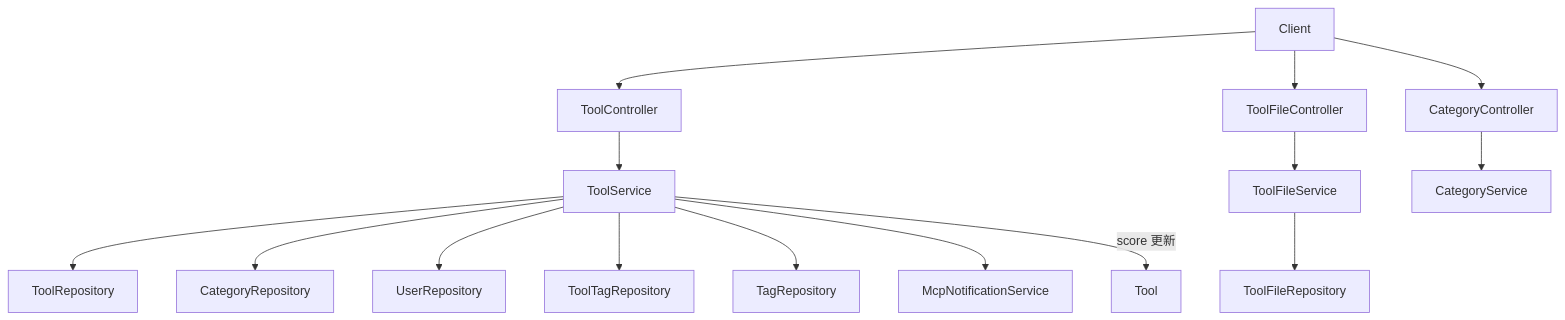
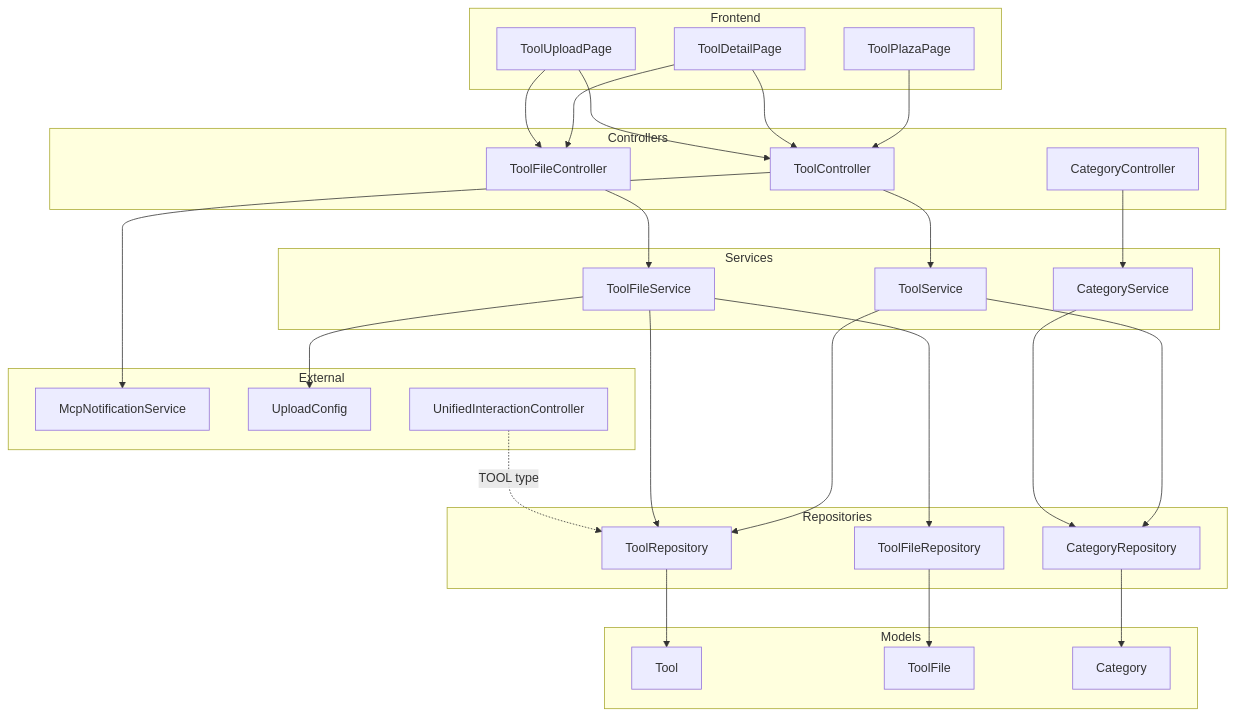
Before and after one commit to mambo-wang/CodingHub: the first of 2 diagrams in repowiki/tool-plaza.md, drawn with Mermaid. The commit also changed other lines of this file and 34 other files, not shown here.

````diff
--- a/repowiki/tool-plaza.md
+++ b/repowiki/tool-plaza.md
@@ -13,17 +30,62 @@
 ```mermaid
 graph TD
-    Client --> ToolC[ToolController]
-    Client --> ToolFileC[ToolFileController]
-    Client --> CatC[CategoryController]
-    ToolC --> ToolSvc[ToolService]
-    ToolFileC --> ToolFileSvc[ToolFileService]
-    CatC --> CatSvc[CategoryService]
-    ToolSvc --> ToolRepo[ToolRepository]
-    ToolSvc --> CatRepo[CategoryRepository]
-    ToolSvc --> UserRepo[UserRepository]
-    ToolSvc --> ToolTagRepo[ToolTagRepository]
-    ToolSvc --> TagRepo[TagRepository]
-    ToolSvc --> McpNotify[McpNotificationService]
-    ToolFileSvc --> ToolFileRepo[ToolFileRepository]
-    ToolSvc -->|score 更新| Tool
+    subgraph Frontend
+        A[ToolPlazaPage]
+        B[ToolDetailPage]
+        C[ToolUploadPage]
+    end
+
+    subgraph Controllers
+        D[ToolController]
+        E[ToolFileController]
+        F[CategoryController]
+    end
+
+    subgraph Services
+        G[ToolService]
+        H[ToolFileService]
+        I[CategoryService]
+    end
+
+    subgraph Repositories
+        J[ToolRepository]
+        K[ToolFileRepository]
+        L[CategoryRepository]
+    end
+
+    subgraph Models
+        M[Tool]
+        N[ToolFile]
+        O[Category]
+    end
+
+    subgraph External
+        P[McpNotificationService]
+        Q[UploadConfig]
+        R[UnifiedInteractionController]
+    end
+
+    A --> D
+    B --> D
+    B --> E
+    C --> D
+    C --> E
+
+    D --> G
+    E --> H
+    F --> I
+
+    G --> J
+    G --> L
+    H --> K
+    H --> J
+    I --> L
+
+    J --> M
+    K --> N
+    L --> O
+
+    D --> P
+    H --> Q
+    R -.->|TOOL type| J
 ```
````
